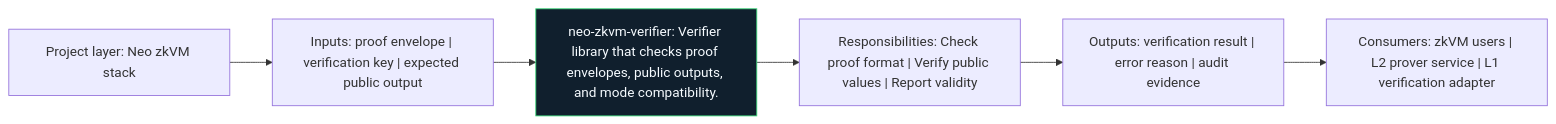
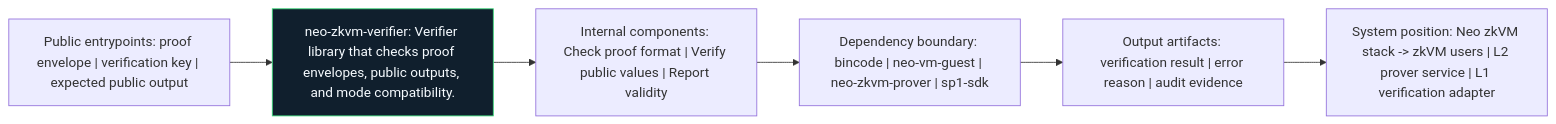
One commit to r3e-network/neo-zkvm changed the diagram in crates/neo-zkvm-verifier/docs/figures/architecture.mmd. Above: the diagram before and after it, drawn with Mermaid. The commit also changed 97 other files, not shown here.

```diff
--- a/crates/neo-zkvm-verifier/docs/figures/architecture.mmd
+++ b/crates/neo-zkvm-verifier/docs/figures/architecture.mmd
@@ -1,14 +1,14 @@
 flowchart LR
-    N1["Project layer: Neo zkVM stack"]
-    N2["Inputs: proof envelope | verification key | expected public output"]
-    N3["neo-zkvm-verifier: Verifier library that checks proof envelopes, public outputs, and mode compatibility."]
-    N4["Responsibilities: Check proof format | Verify public values | Report validity"]
-    N5["Outputs: verification result | error reason | audit evidence"]
-    N6["Consumers: zkVM users | L2 prover service | L1 verification adapter"]
+    N1["Public entrypoints: proof envelope | verification key | expected public output"]
+    N2["neo-zkvm-verifier: Verifier library that checks proof envelopes, public outputs, and mode compatibility."]
+    N3["Internal components: Check proof format | Verify public values | Report validity"]
+    N4["Dependency boundary: bincode | neo-vm-guest | neo-zkvm-prover | sp1-sdk"]
+    N5["Output artifacts: verification result | error reason | audit evidence"]
+    N6["System position: Neo zkVM stack -> zkVM users | L2 prover service | L1 verification adapter"]
     N1 --> N2
     N2 --> N3
     N3 --> N4
     N4 --> N5
     N5 --> N6
     classDef crate fill:#101f2d,stroke:#38d978,color:#f6fbff
-    class N3 crate
+    class N2 crate
```
